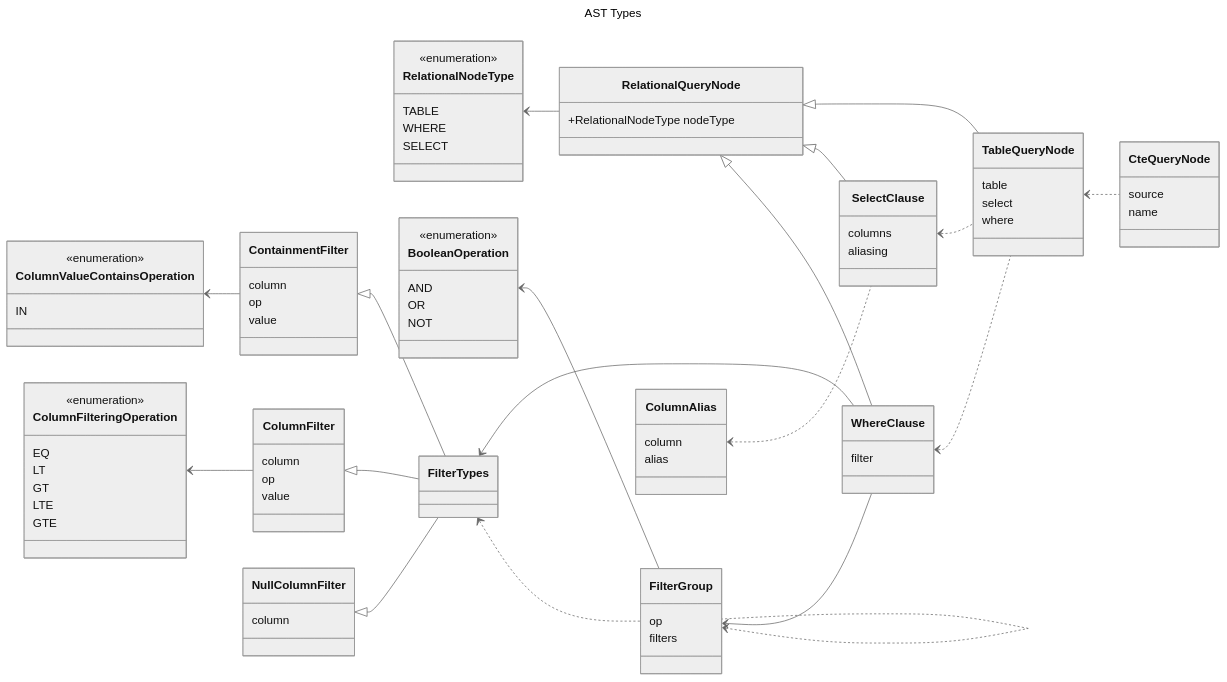
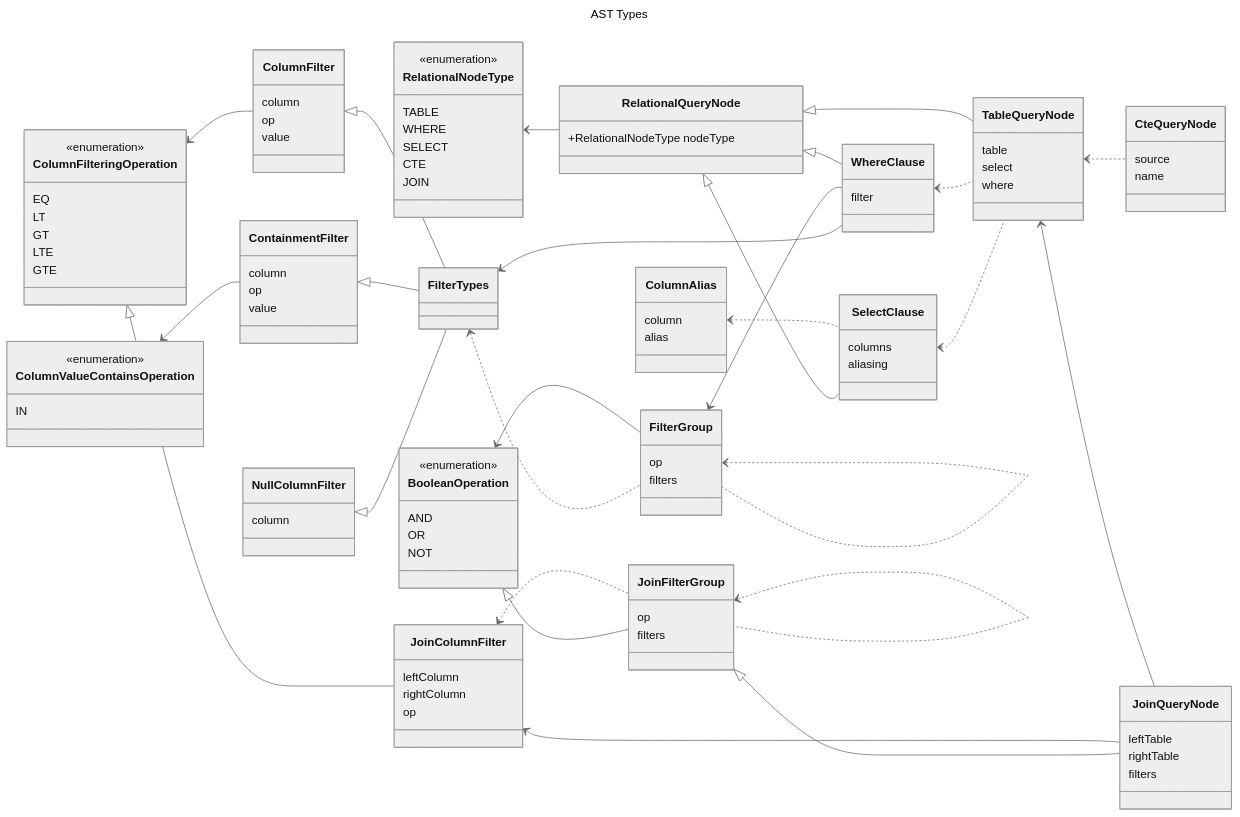
Before and after one commit to telefrek/granada: the diagram in packages/data/relational/README.md, drawn with Mermaid (neutral theme). The commit also changed 3 other files, not shown here.

````diff
--- a/packages/data/relational/README.md
+++ b/packages/data/relational/README.md
@@ -63,6 +63,8 @@
         TABLE
         WHERE
         SELECT
+        CTE
+        JOIN
     }
     class ColumnFilteringOperation{
         <<enumeration>>
@@ -91,12 +93,20 @@
         column
         op
         value
-
     }
     class NullColumnFilter{
         column
     }
     class FilterGroup{
+        op
+        filters
+    }
+    class JoinColumnFilter{
+        leftColumn
+        rightColumn
+        op
+    }
+    class JoinFilterGroup{
         op
         filters
     }
@@ -123,6 +133,11 @@
         source
         name
     }
+    class JoinQueryNode{
+        leftTable
+        rightTable
+        filters
+    }
     RelationalNodeType<--RelationalQueryNode
     ColumnFilteringOperation<--ColumnFilter
     ColumnValueContainsOperation<--ContainmentFilter
@@ -141,4 +156,11 @@
     WhereClause<..TableQueryNode
     SelectClause<..TableQueryNode
     TableQueryNode<..CteQueryNode
+    TableQueryNode<--JoinQueryNode
+    JoinColumnFilter<..JoinFilterGroup
+    JoinFilterGroup<..JoinFilterGroup
+    BooleanOperation<|--JoinFilterGroup
+    JoinColumnFilter<--JoinQueryNode
+    ColumnFilteringOperation<|--JoinColumnFilter
+    JoinFilterGroup<|--JoinQueryNode
 ```
````
